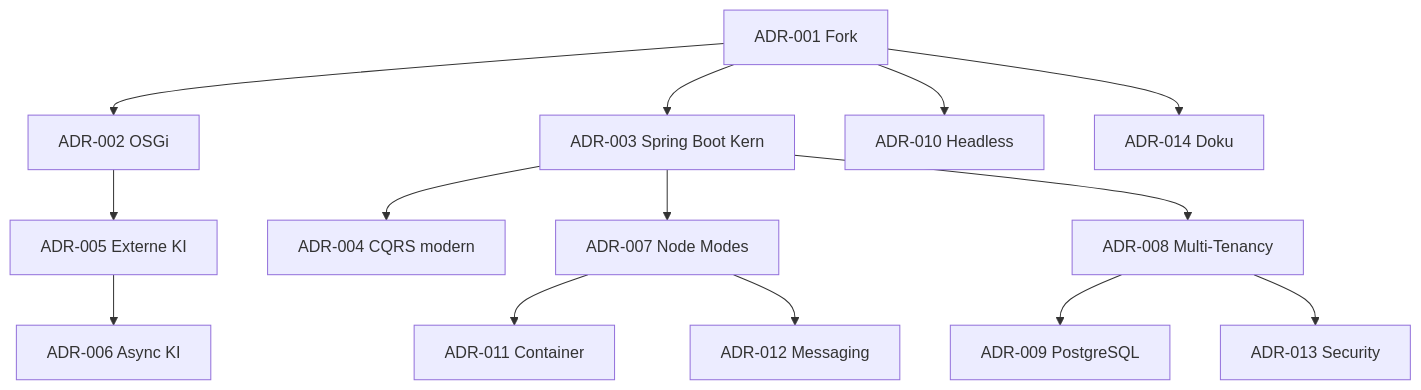
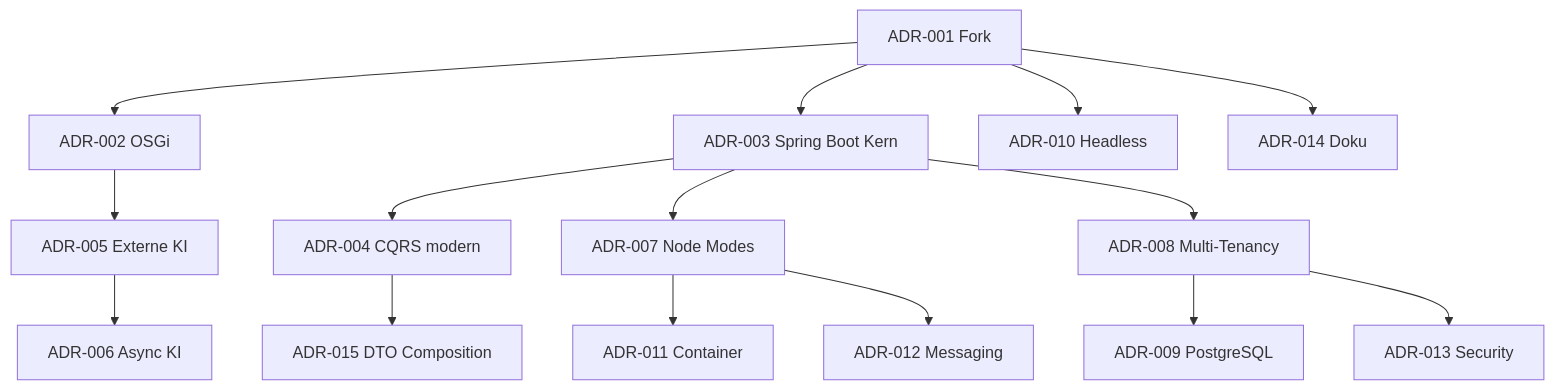
Before and after one commit to RainerMaxWallscheid/fineract-osgi: the first of 2 diagrams in docs/arc42/08_design_decisions.md, drawn with Mermaid. The commit also changed other lines of this file and 6 other files, not shown here.

First line of the commit message:
docs(arc42): document API DTO composition (ADR-015)

````diff
--- a/docs/arc42/08_design_decisions.md
+++ b/docs/arc42/08_design_decisions.md
@@ -39,16 +40,17 @@
 ```mermaid
 flowchart TB
     ADR001[ADR-001 Fork] --> ADR002[ADR-002 OSGi]
     ADR001 --> ADR003[ADR-003 Spring Boot Kern]
     ADR003 --> ADR004[ADR-004 CQRS modern]
+    ADR004 --> ADR015[ADR-015 DTO Composition]
     ADR002 --> ADR005[ADR-005 Externe KI]
     ADR005 --> ADR006[ADR-006 Async KI]
     ADR003 --> ADR007[ADR-007 Node Modes]
     ADR003 --> ADR008[ADR-008 Multi-Tenancy]
     ADR008 --> ADR009[ADR-009 PostgreSQL]
     ADR001 --> ADR010[ADR-010 Headless]
     ADR007 --> ADR011[ADR-011 Container]
     ADR007 --> ADR012[ADR-012 Messaging]
     ADR008 --> ADR013[ADR-013 Security]
     ADR001 --> ADR014[ADR-014 Doku]
 ```
````
